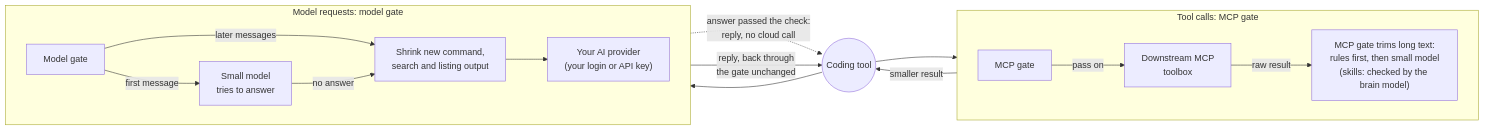
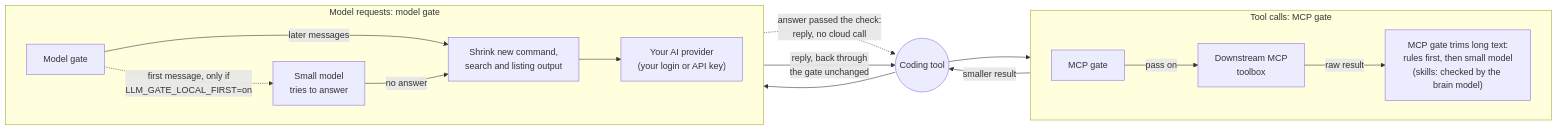
The first of 5 diagrams in README.md (zenithfoundry/slm-gate), drawn with Mermaid before and after one commit. The commit also changed other lines of this file and 60 other files, not shown here.

````diff
--- a/README.md
+++ b/README.md
@@ -100,24 +100,24 @@
 ```mermaid
 flowchart LR
   tool(("Coding tool"))
 
   subgraph mcpRow["Tool calls: MCP gate"]
     direction LR
     mcp["MCP gate"] -->|"pass on"| toolbox["Downstream MCP<br/>toolbox"]
     toolbox -->|"raw result"| trim["MCP gate trims long text:<br/>rules first, then small model<br/>(skills: checked by the brain model)"]
   end
 
   subgraph llmRow["Model requests: model gate"]
     direction LR
-    llm["Model gate"] -->|"first message"| answer["Small model<br/>tries to answer"]
+    llm["Model gate"] -.->|"first message, only if<br/>LLM_GATE_LOCAL_FIRST=on"| answer["Small model<br/>tries to answer"]
     llm -->|"later messages"| shrink["Shrink new command,<br/>search and listing output"]
     answer -->|"no answer"| shrink
     shrink --> cloud["Your AI provider<br/>(your login or API key)"]
   end
 
   tool --> mcp
   trim -->|"smaller result"| tool
   tool --> llm
   answer -.->|"answer passed the check:<br/>reply, no cloud call"| tool
   cloud -->|"reply, back through<br/>the gate unchanged"| tool
 ```
````
